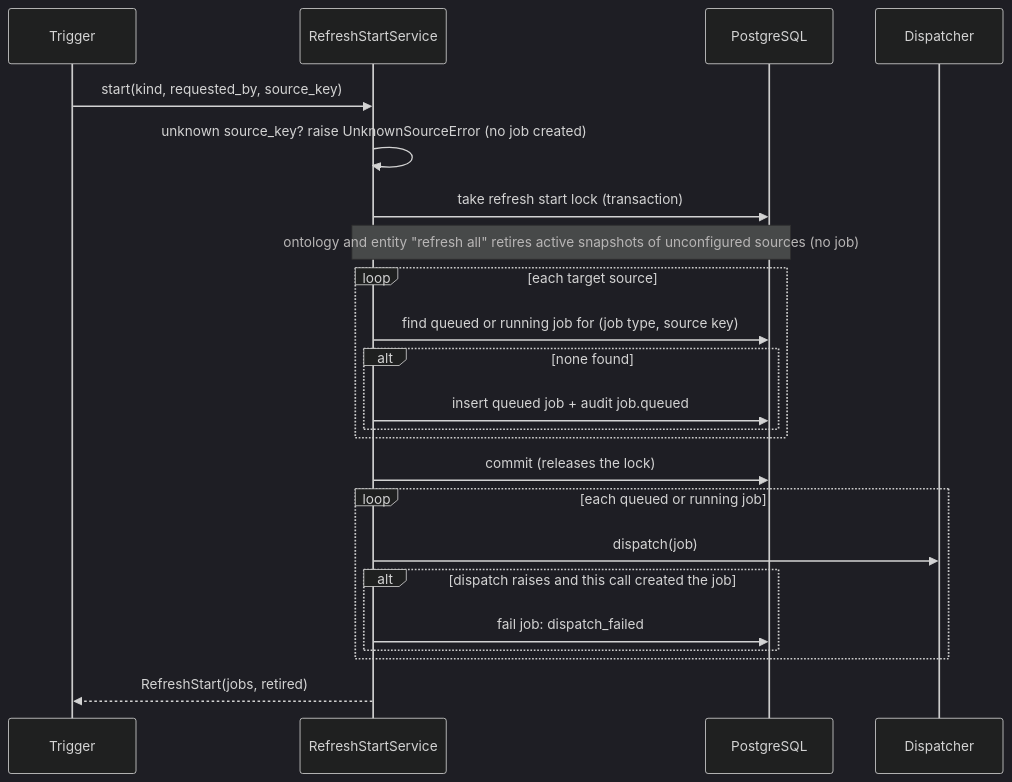
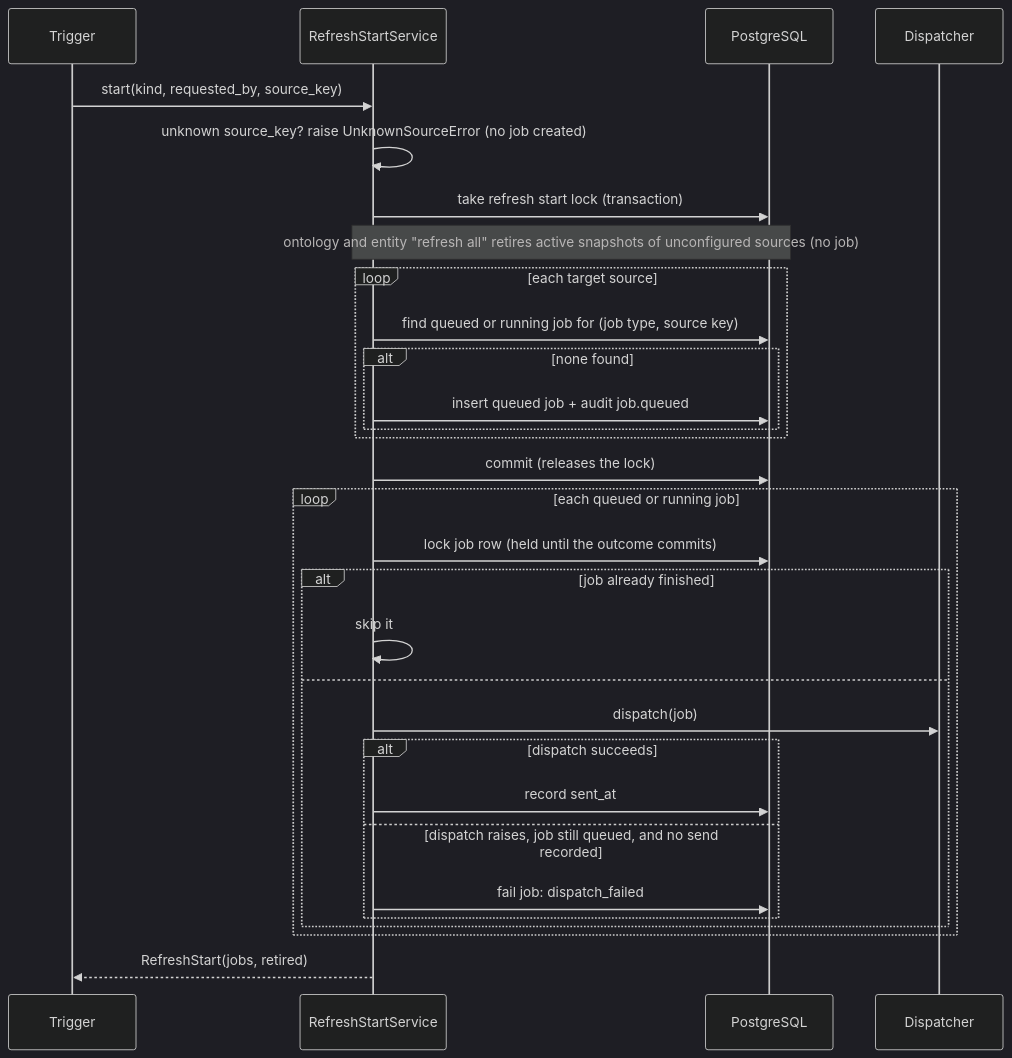
Before and after one commit to geneontology/standard-annotation-backend: the third of 4 diagrams in docs/refresh-infrastructure.md, drawn with Mermaid (dark theme). The commit also changed other lines of this file and 29 other files, not shown here.

````diff
--- a/docs/refresh-infrastructure.md
+++ b/docs/refresh-infrastructure.md
@@ -125,26 +125,33 @@
 ```mermaid
 sequenceDiagram
     participant T as Trigger
     participant S as RefreshStartService
     participant DB as PostgreSQL
     participant D as Dispatcher
 
     T->>S: start(kind, requested_by, source_key)
     S->>S: unknown source_key? raise UnknownSourceError (no job created)
     S->>DB: take refresh start lock (transaction)
     Note over S,DB: ontology and entity "refresh all" retires active snapshots of unconfigured sources (no job)
     loop each target source
         S->>DB: find queued or running job for (job type, source key)
         alt none found
             S->>DB: insert queued job + audit job.queued
         end
     end
     S->>DB: commit (releases the lock)
     loop each queued or running job
-        S->>D: dispatch(job)
-        alt dispatch raises and this call created the job
-            S->>DB: fail job: dispatch_failed
+        S->>DB: lock job row (held until the outcome commits)
+        alt job already finished
+            S->>S: skip it
+        else
+            S->>D: dispatch(job)
+            alt dispatch succeeds
+                S->>DB: record sent_at
+            else dispatch raises, job still queued, and no send recorded
+                S->>DB: fail job: dispatch_failed
+            end
         end
     end
     S-->>T: RefreshStart(jobs, retired)
 ```
````
